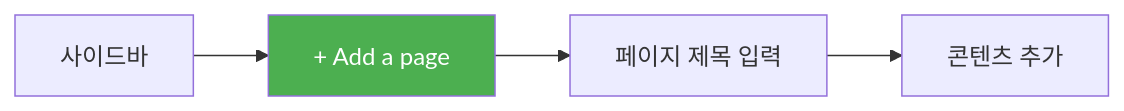
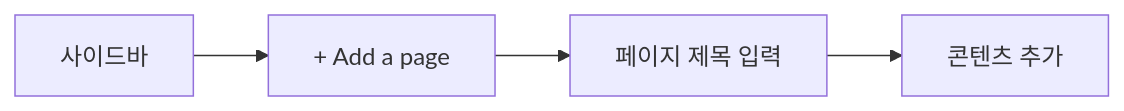
The tenth of 26 diagrams in _md/genai-notion/chapter07/07-1.md (nugurejeil/weniVooks), drawn with Mermaid before and after one commit. The commit also changed other lines of this file and 187 other files, not shown here.

````diff
--- a/_md/genai-notion/chapter07/07-1.md
+++ b/_md/genai-notion/chapter07/07-1.md
@@ -242,8 +224,6 @@
 ```mermaid
 graph LR
     A[사이드바] --> B[+ Add a page]
     B --> C[페이지 제목 입력]
     C --> D[콘텐츠 추가]
-
-    style B fill:#4CAF50,color:#fff
 ```
````
